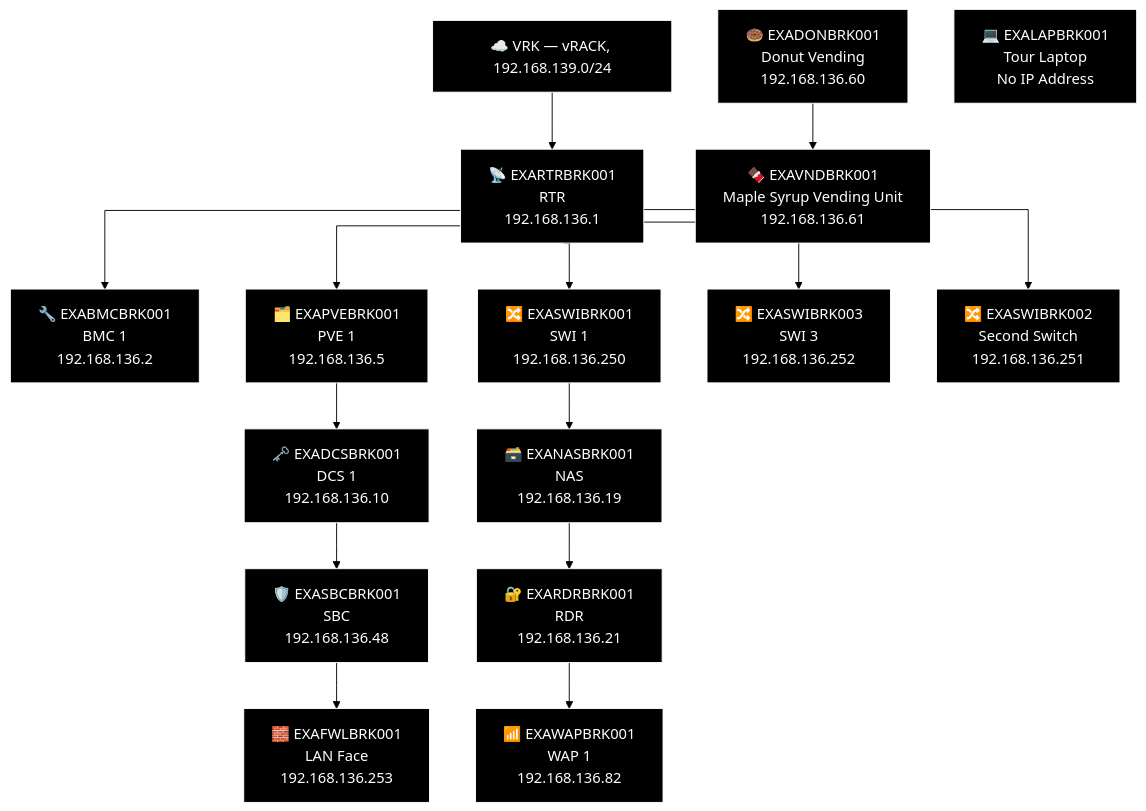
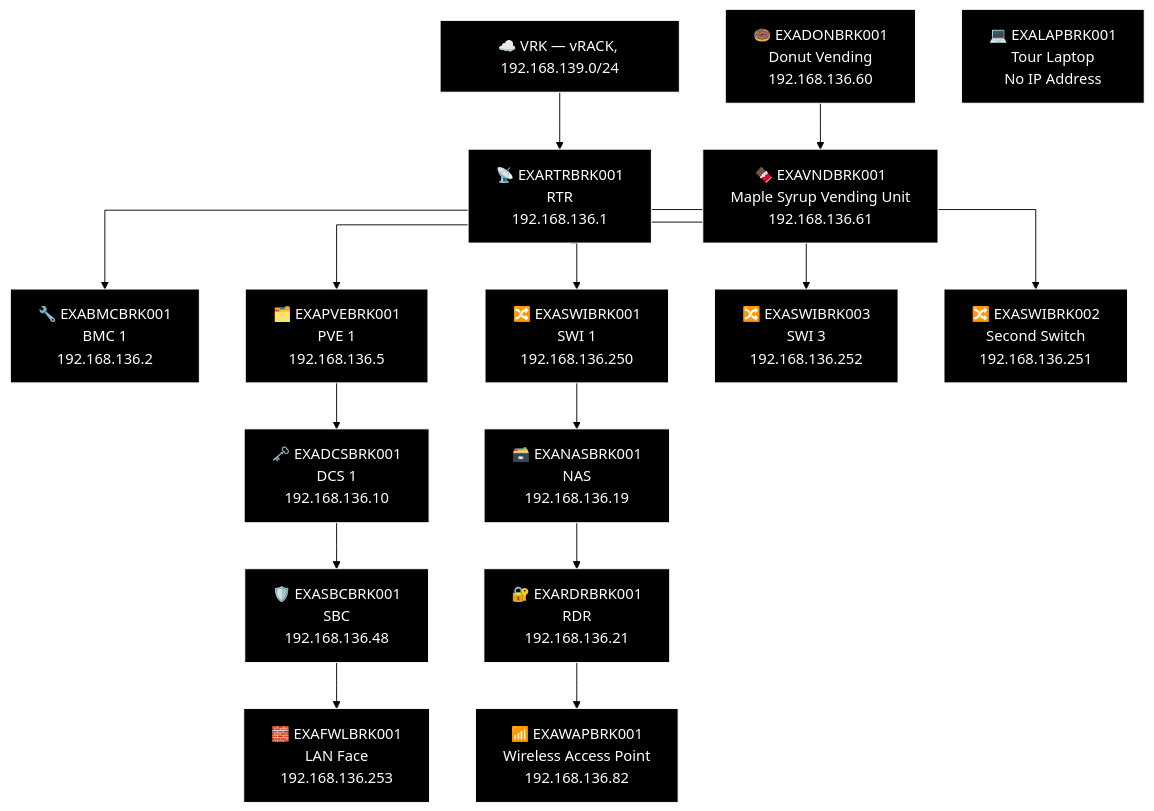
One commit to knightmare2600/example_music_infra changed the third of 9 diagrams in docs/network-diagram/canada.md. Above: the diagram before and after it, drawn with Mermaid (forest theme). The commit also changed 36 other files, not shown here.

````diff
--- a/docs/network-diagram/canada.md
+++ b/docs/network-diagram/canada.md
@@ -134,47 +134,47 @@
 ```mermaid
 %% GENERATED:TOPOLOGY:BRK:START
 %%{init: {'flowchart': {'curve': 'stepAfter'}}}%%
 graph TD
     T_VRK["☁️ VRK — vRACK, 192.168.139.0/24"]
     T_RTR["📡 EXARTRBRK001<br/>RTR<br/>192.168.136.1"]
     T_VRK --> T_RTR
     T_BMC["🔧 EXABMCBRK001<br/>BMC 1<br/>192.168.136.2"]
     T_RTR --> T_BMC
     T_PVE["🗂️ EXAPVEBRK001<br/>PVE 1<br/>192.168.136.5"]
     T_RTR --> T_PVE
     T_SWI["🔀 EXASWIBRK001<br/>SWI 1<br/>192.168.136.250"]
     T_RTR --> T_SWI
     T_SWI2["🔀 EXASWIBRK003<br/>SWI 3<br/>192.168.136.252"]
     T_RTR --> T_SWI2
     T_SWI3["🔀 EXASWIBRK002<br/>Second Switch<br/>192.168.136.251"]
     T_RTR --> T_SWI3
     T_NAS["🗃️ EXANASBRK001<br/>NAS<br/>192.168.136.19"]
     T_RDR["🔐 EXARDRBRK001<br/>RDR<br/>192.168.136.21"]
-    T_WAP["📶 EXAWAPBRK001<br/>WAP 1<br/>192.168.136.82"]
+    T_WAP["📶 EXAWAPBRK001<br/>Wireless Access Point<br/>192.168.136.82"]
     T_SWI --> T_NAS --> T_RDR --> T_WAP
     T_DCS["🗝️ EXADCSBRK001<br/>DCS 1<br/>192.168.136.10"]
     T_SBC["🛡️ EXASBCBRK001<br/>SBC<br/>192.168.136.48"]
     T_FWL["🧱 EXAFWLBRK001<br/>LAN Face<br/>192.168.136.253"]
     T_PVE --> T_DCS --> T_SBC --> T_FWL
     T_DON["🍩 EXADONBRK001<br/>Donut Vending<br/>192.168.136.60"]
     T_LAP["💻 EXALAPBRK001<br/>Tour Laptop<br/>No IP Address"]
     T_VND["🍫 EXAVNDBRK001<br/>Maple Syrup Vending Unit<br/>192.168.136.61"]
     T_DON --> T_VND
     style T_VRK fill:#000000,stroke:#FFFFFF,color:#FFFFFF
     style T_RTR fill:#000000,stroke:#FFFFFF,color:#FFFFFF
     style T_BMC fill:#000000,stroke:#FFFFFF,color:#FFFFFF
     style T_PVE fill:#000000,stroke:#FFFFFF,color:#FFFFFF
     style T_SWI fill:#000000,stroke:#FFFFFF,color:#FFFFFF
     style T_SWI2 fill:#000000,stroke:#FFFFFF,color:#FFFFFF
     style T_SWI3 fill:#000000,stroke:#FFFFFF,color:#FFFFFF
     style T_NAS fill:#000000,stroke:#FFFFFF,color:#FFFFFF
     style T_RDR fill:#000000,stroke:#FFFFFF,color:#FFFFFF
     style T_WAP fill:#000000,stroke:#FFFFFF,color:#FFFFFF
     style T_DCS fill:#000000,stroke:#FFFFFF,color:#FFFFFF
     style T_SBC fill:#000000,stroke:#FFFFFF,color:#FFFFFF
     style T_FWL fill:#000000,stroke:#FFFFFF,color:#FFFFFF
     style T_DON fill:#000000,stroke:#FFFFFF,color:#FFFFFF
     style T_LAP fill:#000000,stroke:#FFFFFF,color:#FFFFFF
     style T_VND fill:#000000,stroke:#FFFFFF,color:#FFFFFF
 %% GENERATED:TOPOLOGY:BRK:END
 ```
````
